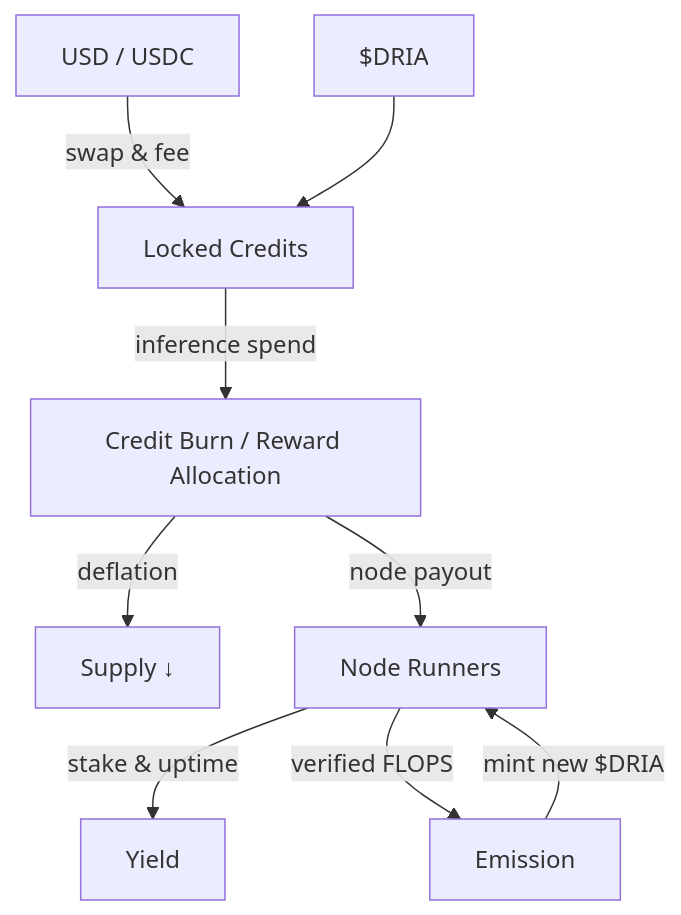
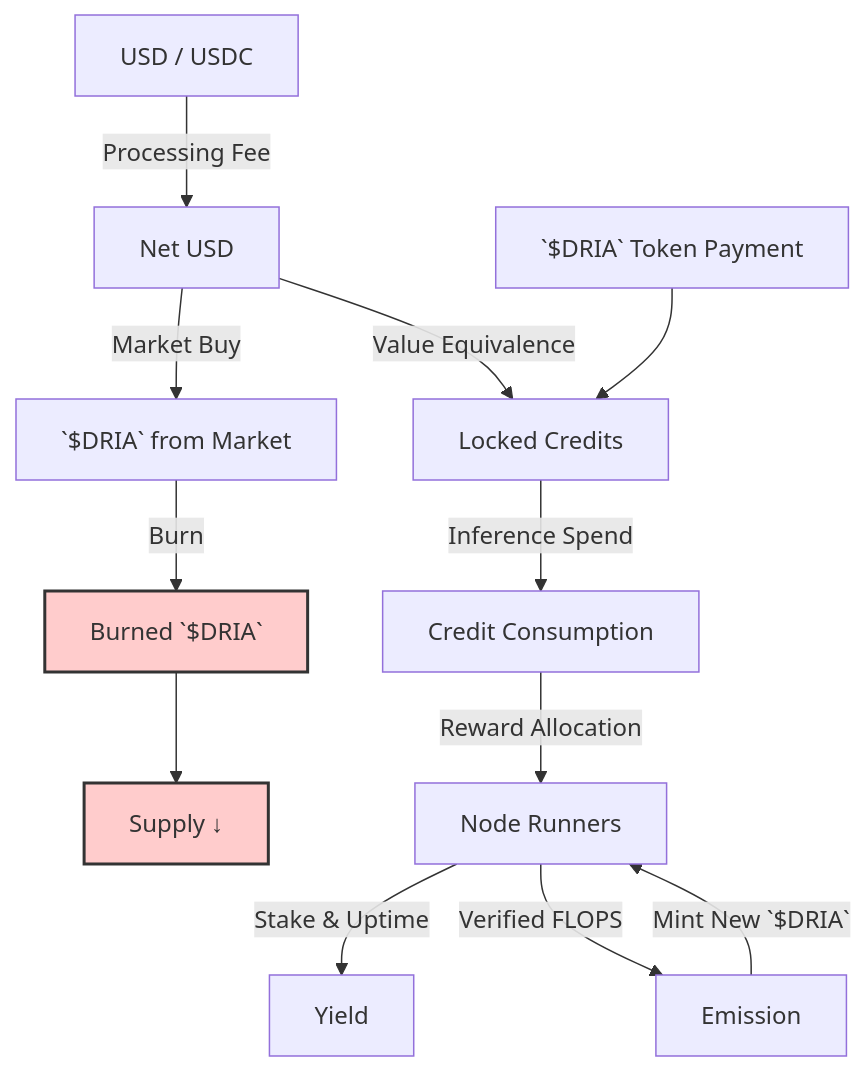
One commit to aktasbatuhan/docs changed the first of 2 diagrams in docs/overview.mdx. Above: the diagram before and after it, drawn with Mermaid. The commit also changed other lines of this file and 4 other files, not shown here.

````diff
--- a/docs/overview.mdx
+++ b/docs/overview.mdx
@@ -29,11 +30,16 @@
 ```mermaid
 graph TD
-    A[USD / USDC] -- swap & fee --> B[Locked Credits]
-    C[$DRIA] --> B
-    B -- inference spend --> D[Credit Burn / Reward Allocation]
-    D -- deflation --> E[Supply ↓]
-    D -- node payout --> F[Node Runners]
-    F -- stake & uptime --> G[Yield]
-    F -- verified FLOPS --> H[Emission]
-    H -- mint new $DRIA --> F
+    A[USD / USDC] -- Processing Fee --> AFee[Net USD]
+    AFee -- Market Buy --> MBoughtDRIA[`$DRIA` from Market]
+    MBoughtDRIA -- Burn --> BurnDRIA[Burned `$DRIA`]
+    BurnDRIA --> E[Supply ↓]
+    AFee -- Value Equivalence --> B[Locked Credits]
+    C[`$DRIA` Token Payment] --> B
+    B -- Inference Spend --> D[Credit Consumption]
+    D -- Reward Allocation --> F[Node Runners]
+    F -- Stake & Uptime --> G[Yield]
+    F -- Verified FLOPS --> H[Emission]
+    H -- Mint New `$DRIA` --> F
+    style BurnDRIA fill:#ffcccc,stroke:#333,stroke-width:2px
+    style E fill:#ffcccc,stroke:#333,stroke-width:2px
 ```
````
